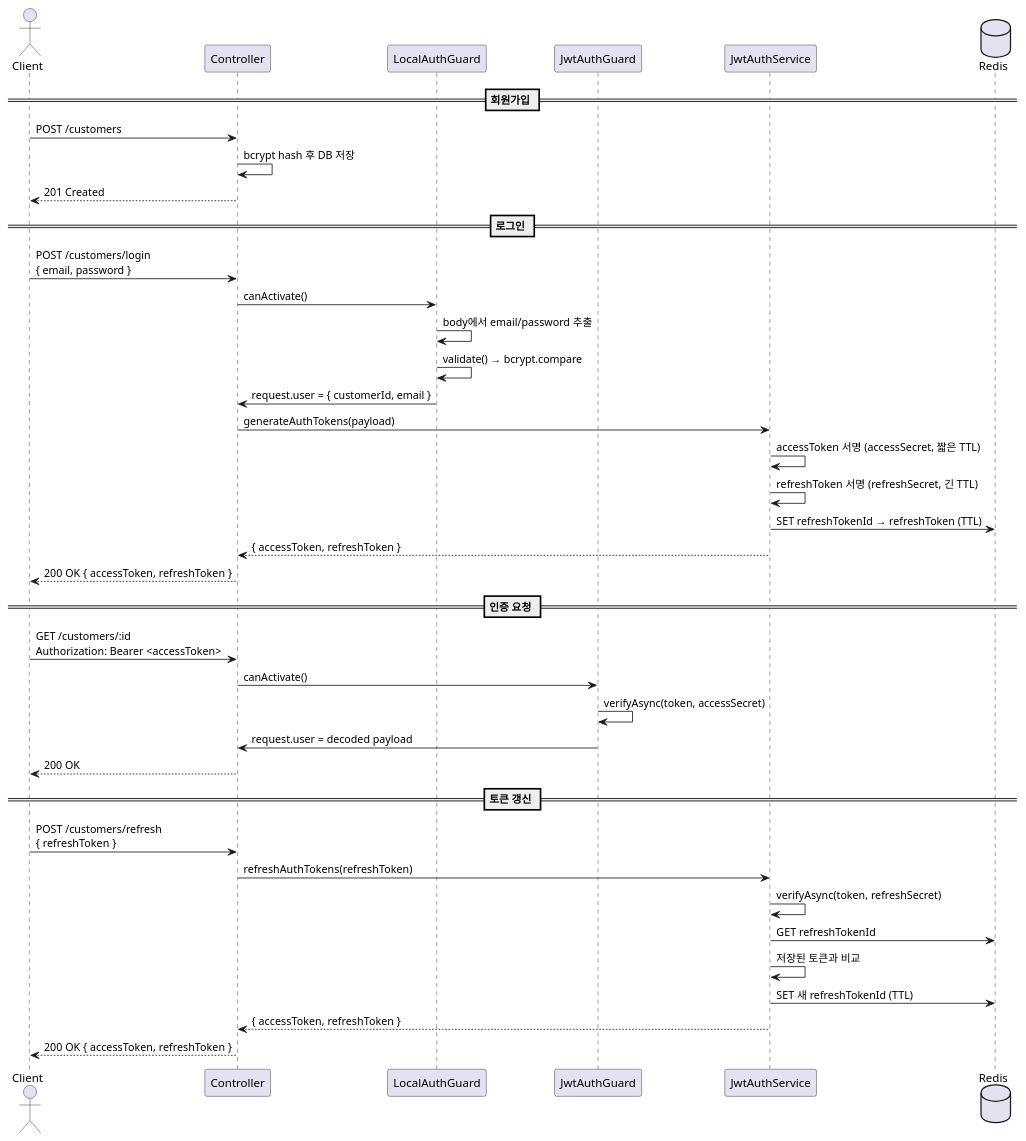
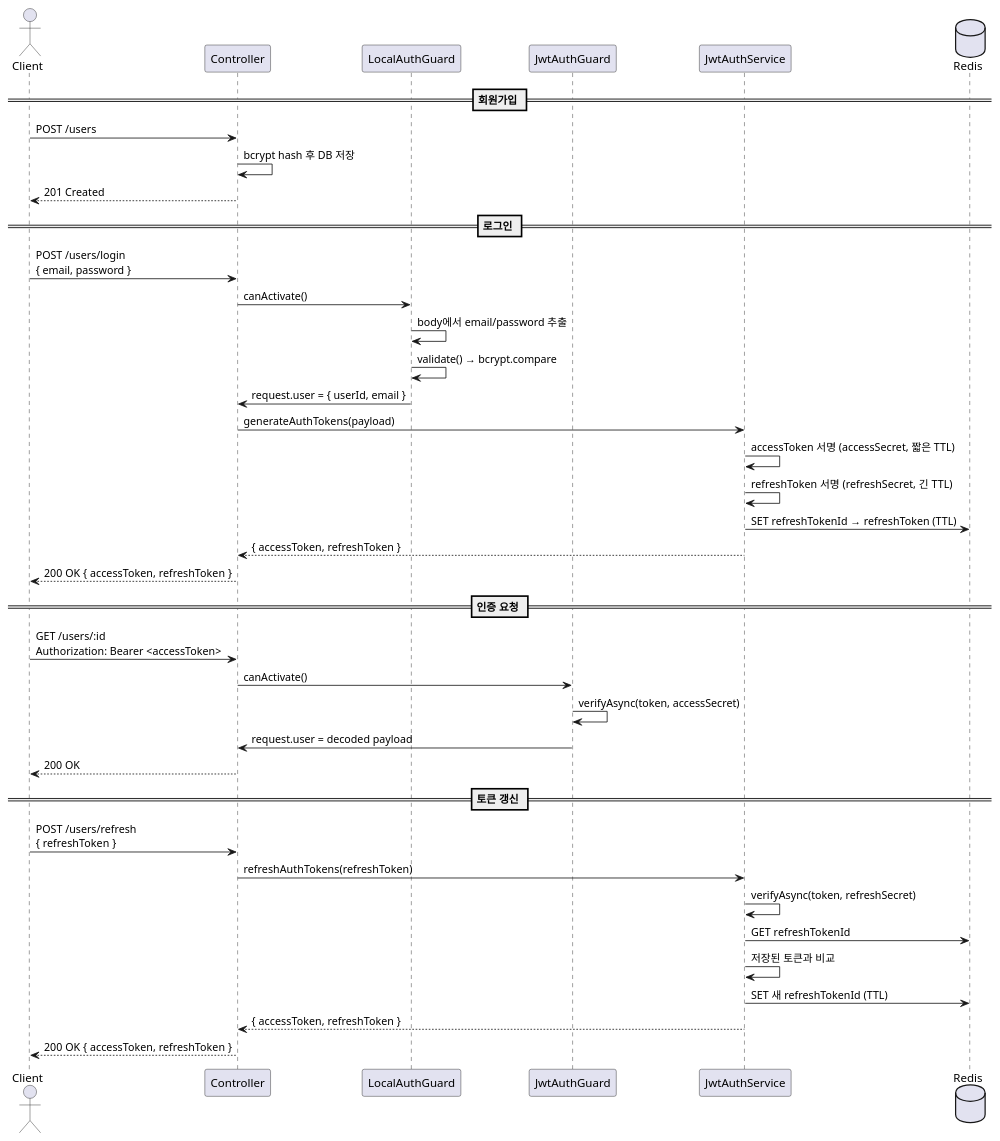
Before and after one commit to mannercode/nest-seed: the first of 2 diagrams in docs/auth.md, drawn with PlantUML. The commit also changed other lines of this file and 127 other files, not shown here.

First line of the commit message:
refactor: rename customer → user across codebase

````diff
--- a/docs/auth.md
+++ b/docs/auth.md
@@ -20,45 +20,45 @@
 ```plantuml
 @startuml
 actor Client
 participant Controller
 participant LocalAuthGuard
 participant JwtAuthGuard
 participant JwtAuthService
 database Redis
 
 == 회원가입 ==
-Client -> Controller: POST /customers
+Client -> Controller: POST /users
 Controller -> Controller: bcrypt hash 후 DB 저장
 Controller --> Client: 201 Created
 
 == 로그인 ==
-Client -> Controller: POST /customers/login\n{ email, password }
+Client -> Controller: POST /users/login\n{ email, password }
 Controller -> LocalAuthGuard: canActivate()
 LocalAuthGuard -> LocalAuthGuard: body에서 email/password 추출
 LocalAuthGuard -> LocalAuthGuard: validate() → bcrypt.compare
-LocalAuthGuard -> Controller: request.user = { customerId, email }
+LocalAuthGuard -> Controller: request.user = { userId, email }
 Controller -> JwtAuthService: generateAuthTokens(payload)
 JwtAuthService -> JwtAuthService: accessToken 서명 (accessSecret, 짧은 TTL)
 JwtAuthService -> JwtAuthService: refreshToken 서명 (refreshSecret, 긴 TTL)
 JwtAuthService -> Redis: SET refreshTokenId → refreshToken (TTL)
 JwtAuthService --> Controller: { accessToken, refreshToken }
 Controller --> Client: 200 OK { accessToken, refreshToken }
 
 == 인증 요청 ==
-Client -> Controller: GET /customers/:id\nAuthorization: Bearer <accessToken>
+Client -> Controller: GET /users/:id\nAuthorization: Bearer <accessToken>
 Controller -> JwtAuthGuard: canActivate()
 JwtAuthGuard -> JwtAuthGuard: verifyAsync(token, accessSecret)
 JwtAuthGuard -> Controller: request.user = decoded payload
 Controller --> Client: 200 OK
 
 == 토큰 갱신 ==
-Client -> Controller: POST /customers/refresh\n{ refreshToken }
+Client -> Controller: POST /users/refresh\n{ refreshToken }
 Controller -> JwtAuthService: refreshAuthTokens(refreshToken)
 JwtAuthService -> JwtAuthService: verifyAsync(token, refreshSecret)
 JwtAuthService -> Redis: GET refreshTokenId
 JwtAuthService -> JwtAuthService: 저장된 토큰과 비교
 JwtAuthService -> Redis: SET 새 refreshTokenId (TTL)
 JwtAuthService --> Controller: { accessToken, refreshToken }
 Controller --> Client: 200 OK { accessToken, refreshToken }
 @enduml
 ```
````
